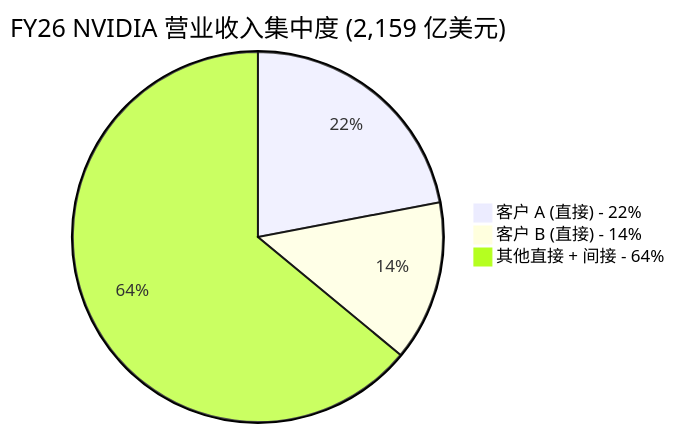
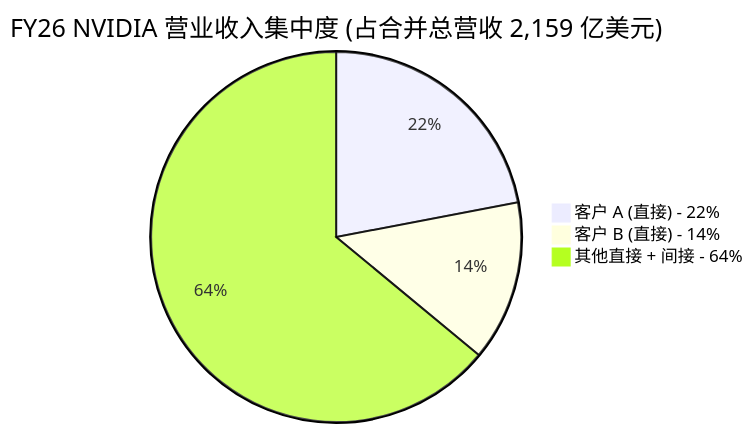
Before and after one commit to dadachundan/financial_agent: the third of 5 diagrams in reports/company/NVIDIA_NASDAQ_NVDA/NVIDIA_NASDAQ_NVDA_公司研究.md, drawn with Mermaid. The commit also changed other lines of this file and 10 other files, not shown here.

First line of the commit message:
feat(company-research): refresh NVIDIA (NVDA) — decision layer + full chart suite

````diff
--- a/reports/company/NVIDIA_NASDAQ_NVDA/NVIDIA_NASDAQ_NVDA_公司研究.md
+++ b/reports/company/NVIDIA_NASDAQ_NVDA/NVIDIA_NASDAQ_NVDA_公司研究.md
@@ -323,6 +858,6 @@
 ```mermaid
-pie title FY26 NVIDIA 营业收入集中度 (2,159 亿美元)
+pie title FY26 NVIDIA 营业收入集中度 (占合并总营收 2,159 亿美元)
     "客户 A (直接) - 22%" : 22
     "客户 B (直接) - 14%" : 14
     "其他直接 + 间接 - 64%" : 64
 ```
````
